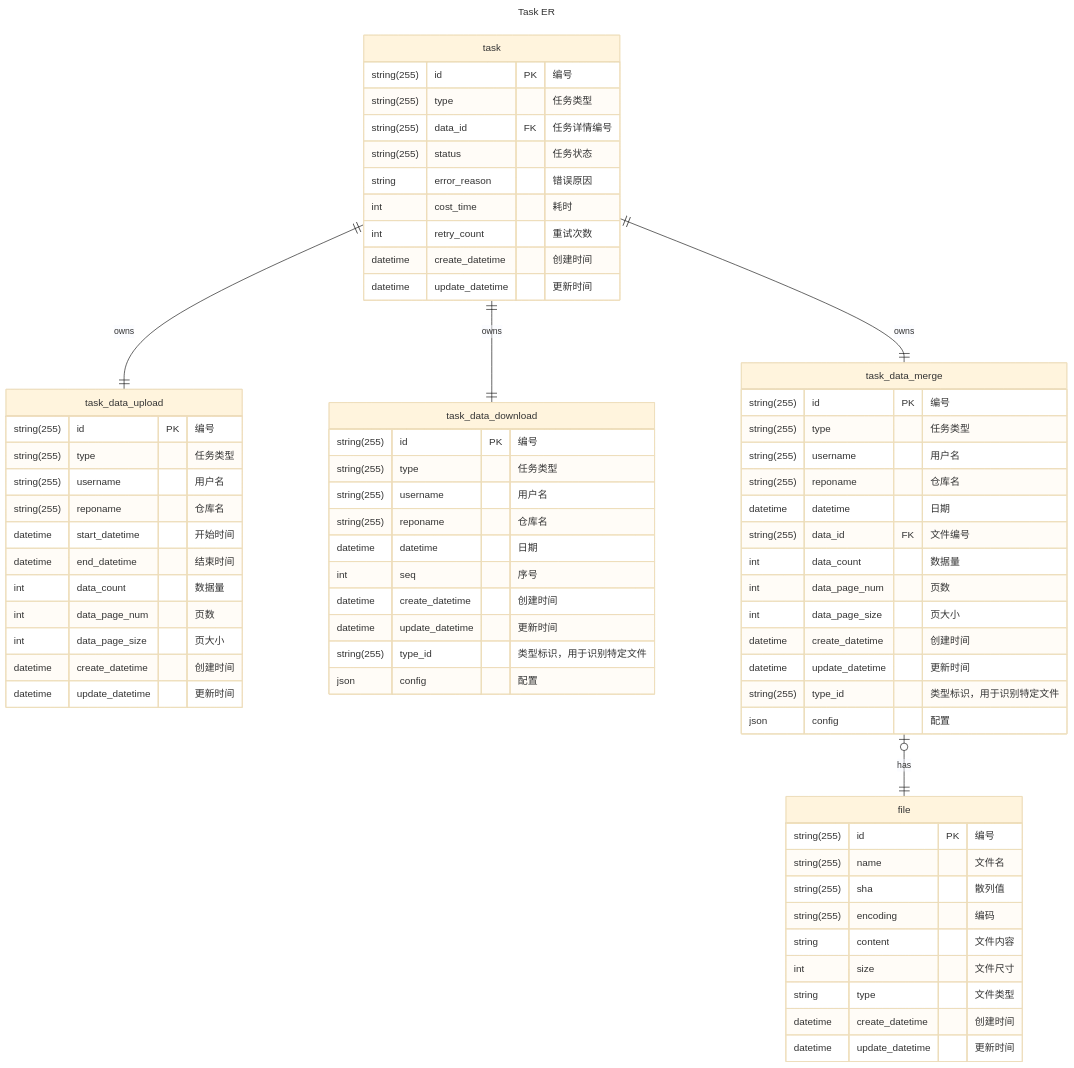
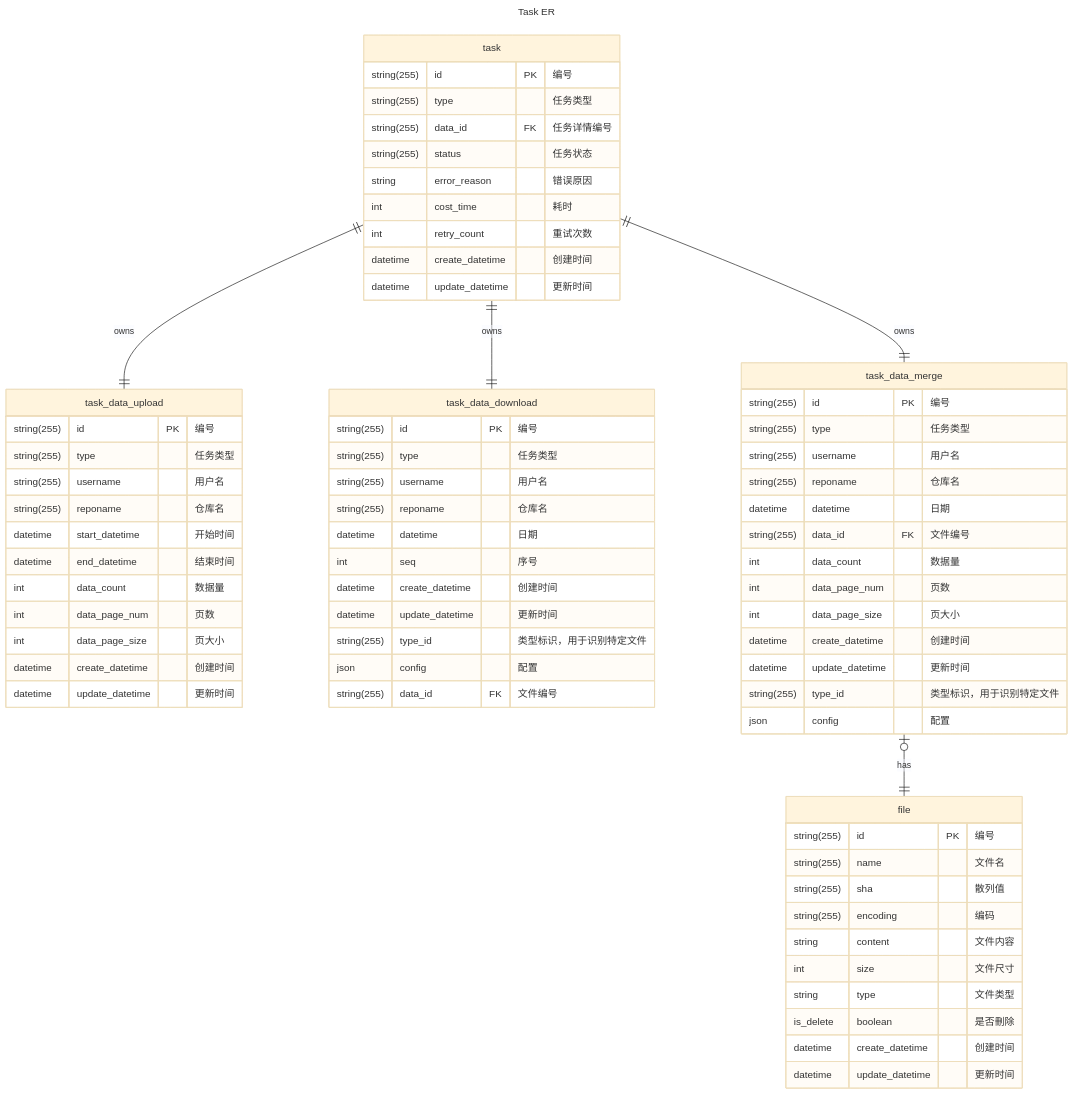
The eighth of 10 diagrams in docs/src/development/extension/core_logic_flow.md (lastsunday/job-hunting), drawn with Mermaid (base theme) before and after one commit. The commit also changed 3 other files, not shown here.

````diff
--- a/docs/src/development/extension/core_logic_flow.md
+++ b/docs/src/development/extension/core_logic_flow.md
@@ -702,72 +702,74 @@
 ```mermaid
 ---
 title: Task ER
 ---
 erDiagram
     task ||--|| task_data_upload: owns
     task {
       string(255) id PK "编号"
       string(255) type "任务类型"
       string(255) data_id FK "任务详情编号"
       string(255) status "任务状态"
       string error_reason "错误原因"
       int cost_time "耗时"
       int retry_count "重试次数"
       datetime create_datetime "创建时间"
       datetime update_datetime "更新时间"
     }
     task_data_upload {
       string(255) id PK "编号"
       string(255) type "任务类型"
       string(255) username "用户名"
       string(255) reponame "仓库名"
       datetime start_datetime "开始时间"
       datetime end_datetime "结束时间"
       int data_count "数据量"
       int data_page_num "页数"
       int data_page_size "页大小"
       datetime create_datetime "创建时间"
       datetime update_datetime "更新时间"
     }
     task ||--|| task_data_download: owns
     task_data_download {
       string(255) id PK "编号"
       string(255) type "任务类型"
       string(255) username "用户名"
       string(255) reponame "仓库名"
       datetime datetime "日期"
       int seq "序号"
       datetime create_datetime "创建时间"
       datetime update_datetime "更新时间"
       string(255) type_id "类型标识，用于识别特定文件"
       json config "配置"
+      string(255) data_id FK "文件编号"
     }
     task ||--|| task_data_merge: owns
     task_data_merge {
       string(255) id PK "编号"
       string(255) type "任务类型"
       string(255) username "用户名"
       string(255) reponame "仓库名"
       datetime datetime "日期"
       string(255) data_id FK "文件编号"
       int data_count "数据量"
       int data_page_num "页数"
       int data_page_size "页大小"
       datetime create_datetime "创建时间"
       datetime update_datetime "更新时间"
       string(255) type_id "类型标识，用于识别特定文件"
       json config "配置"
     }
     task_data_merge |o--|| file: has
     file {
       string(255) id PK "编号"
       string(255) name "文件名"
       string(255) sha "散列值"
       string(255) encoding "编码"
       string content "文件内容"
       int size "文件尺寸"
       string type "文件类型"
+      is_delete boolean "是否刪除"
       datetime create_datetime "创建时间"
       datetime update_datetime "更新时间"
     }
 ```
````
